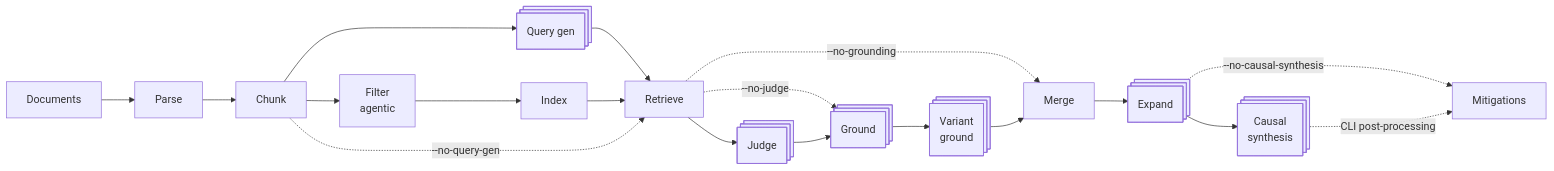
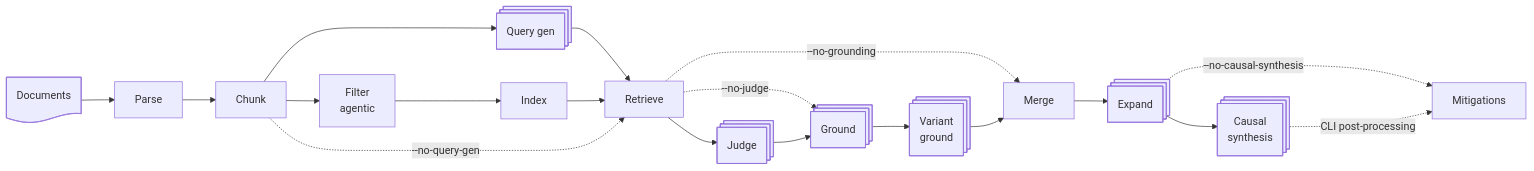
Before and after one commit to asago-io/concorde-policy-mapper: the diagram in README.md, drawn with Mermaid.

Commit message:
use Doc shape

````diff
--- a/README.md
+++ b/README.md
@@ -44,21 +44,21 @@
 ```mermaid
 flowchart LR
-    docs[Documents] --> parse[Parse]
+    docs@{ shape: doc, label: "Documents" } --> parse[Parse]
     parse --> chunk[Chunk]
     chunk --> filter[Filter\nagentic]
     filter --> index[Index]
     chunk --> qgen@{ shape: st-rect, label: "Query gen" }
     qgen --> retrieve[Retrieve]
     index --> retrieve
     chunk -.->|--no-query-gen| retrieve
     retrieve --> judge@{ shape: st-rect, label: "Judge" }
     retrieve -.->|--no-judge| ground
     judge --> ground@{ shape: st-rect, label: "Ground" }
     ground --> vg@{ shape: st-rect, label: "Variant\nground" }
     retrieve -.->|--no-grounding| merge
     vg --> merge[Merge]
     merge --> expand@{ shape: st-rect, label: "Expand" }
     expand --> causal@{ shape: st-rect, label: "Causal\nsynthesis" }
     expand -.->|--no-causal-synthesis| miti
     causal -.->|CLI post‑processing| miti[Mitigations]
 ```
````
